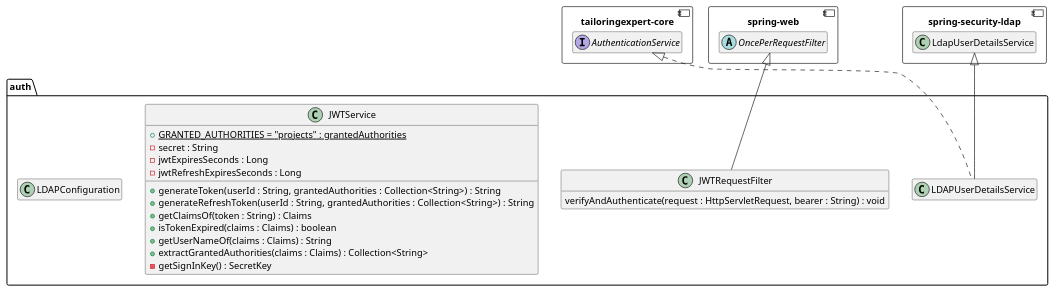
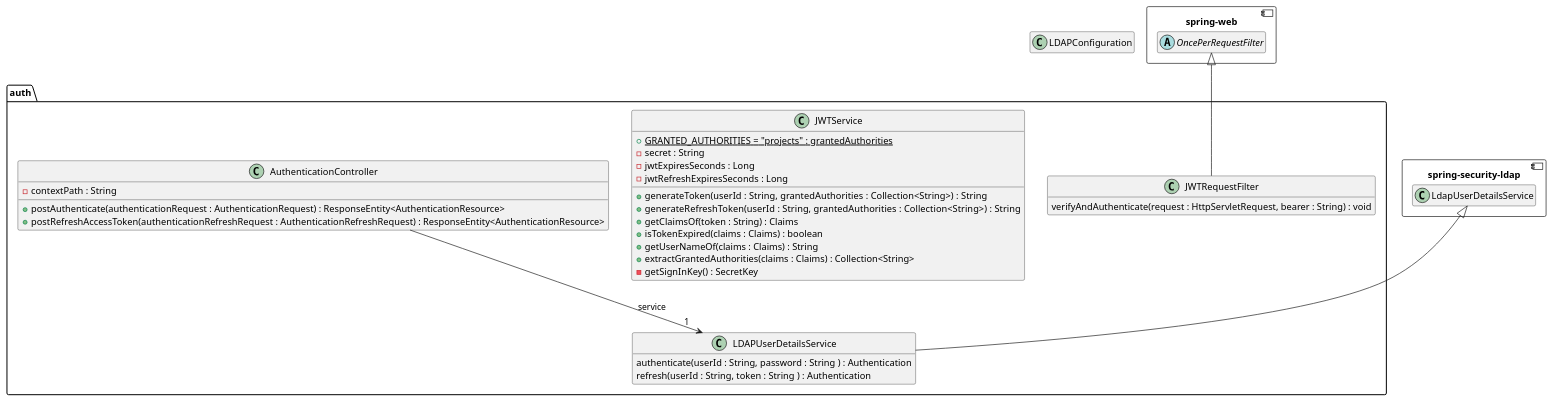
The diagram in src/site/arc42/plantuml/security-ldap/auth/Ebene3.plantuml (tailoringexpert/platform), drawn with PlantUML before and after one commit. The commit also changed 23 other files, not shown here.

```diff
--- a/src/site/arc42/plantuml/security-ldap/auth/Ebene3.plantuml
+++ b/src/site/arc42/plantuml/security-ldap/auth/Ebene3.plantuml
@@ -1,48 +1,54 @@
 @startuml Ebene3.png
 hide empty members
 
-component [tailoringexpert-core] {
-        interface AuthenticationService
-}
 component [spring-web] {
     abstract class OncePerRequestFilter
 }
 
 component [spring-security-ldap] {
     class "LdapUserDetailsService" as springLdapUserDetailsService
 }
 
 package auth {
 
     class LDAPUserDetailsService {
+        authenticate(userId : String, password : String ) : Authentication
+        refresh(userId : String, token : String ) : Authentication
     }
-    AuthenticationService <|.. LDAPUserDetailsService
     springLdapUserDetailsService <|-- LDAPUserDetailsService
 
     class JWTRequestFilter {
         verifyAndAuthenticate(request : HttpServletRequest, bearer : String) : void
     }
     OncePerRequestFilter <|-- JWTRequestFilter
 
     class JWTService {
         +{static} GRANTED_AUTHORITIES = "projects" : grantedAuthorities
         -secret : String
         -jwtExpiresSeconds : Long
         -jwtRefreshExpiresSeconds : Long
 
         +generateToken(userId : String, grantedAuthorities :  Collection<String>) : String
         +generateRefreshToken(userId : String, grantedAuthorities :  Collection<String>) : String
         +getClaimsOf(token : String) : Claims
         +isTokenExpired(claims : Claims) : boolean
         +getUserNameOf(claims : Claims) : String
         +extractGrantedAuthorities(claims : Claims) : Collection<String>
         -getSignInKey() : SecretKey
 
     }
 
+    class AuthenticationController {
+        -contextPath : String
+        +postAuthenticate(authenticationRequest : AuthenticationRequest) : ResponseEntity<AuthenticationResource>
+        +postRefreshAccessToken(authenticationRefreshRequest : AuthenticationRefreshRequest) : ResponseEntity<AuthenticationResource>
+    }
+    AuthenticationController --> "1" LDAPUserDetailsService : service
+}
+
     class LDAPConfiguration {
     }
 
 
 }
 @enduml
```
